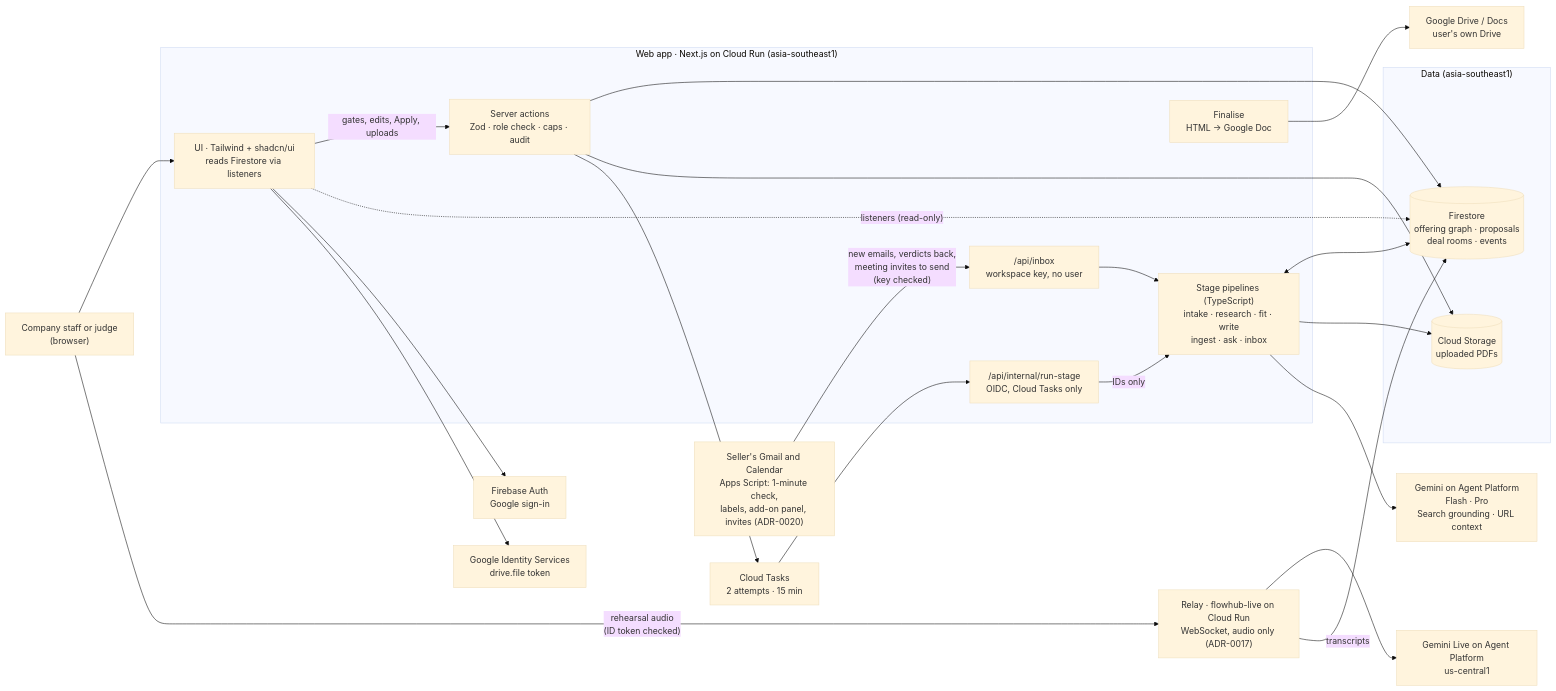
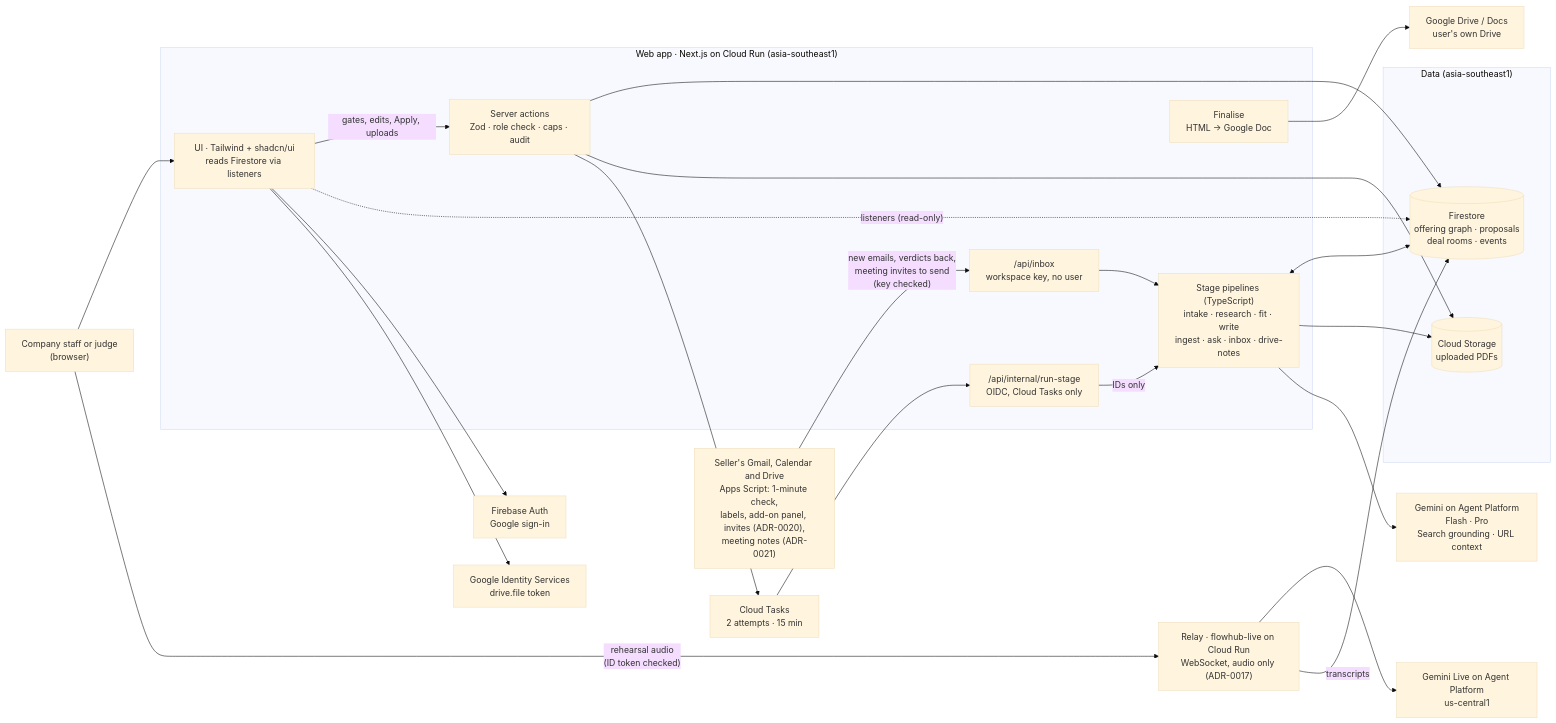
The first of 2 diagrams in docs/architecture.md (azmfrsdev/flowhub), drawn with Mermaid (base theme) before and after one commit. The commit also changed other lines of this file and 21 other files, not shown here.

First line of the commit message:
Bring meeting notes in from Google Drive for step F (#9)

````diff
--- a/docs/architecture.md
+++ b/docs/architecture.md
@@ -20,47 +20,47 @@
 ```mermaid
 flowchart LR
   user["Company staff or judge<br/>(browser)"]
-  gmail["Seller's Gmail and Calendar<br/>Apps Script: 1-minute check,<br/>labels, add-on panel, invites (ADR-0020)"]
+  gmail["Seller's Gmail, Calendar and Drive<br/>Apps Script: 1-minute check,<br/>labels, add-on panel, invites (ADR-0020),<br/>meeting notes (ADR-0021)"]
 
   subgraph web["Web app · Next.js on Cloud Run (asia-southeast1)"]
     ui["UI · Tailwind + shadcn/ui<br/>reads Firestore via listeners"]
     actions["Server actions<br/>Zod · role check · caps · audit"]
     runroute["/api/internal/run-stage<br/>OIDC, Cloud Tasks only"]
     inboxroute["/api/inbox<br/>workspace key, no user"]
-    pipelines["Stage pipelines (TypeScript)<br/>intake · research · fit · write<br/>ingest · ask · inbox"]
+    pipelines["Stage pipelines (TypeScript)<br/>intake · research · fit · write<br/>ingest · ask · inbox · drive-notes"]
     finalise["Finalise<br/>HTML → Google Doc"]
   end
 
   subgraph data["Data (asia-southeast1)"]
     fs[("Firestore<br/>offering graph · proposals<br/>deal rooms · events")]
     gcs[("Cloud Storage<br/>uploaded PDFs")]
   end
 
   tasks["Cloud Tasks<br/>2 attempts · 15 min"]
   gemini["Gemini on Agent Platform<br/>Flash · Pro<br/>Search grounding · URL context"]
   auth["Firebase Auth<br/>Google sign-in"]
   gis["Google Identity Services<br/>drive.file token"]
   drive["Google Drive / Docs<br/>user's own Drive"]
   live["Relay · flowhub-live on Cloud Run<br/>WebSocket, audio only (ADR-0017)"]
   geminiLive["Gemini Live on Agent Platform<br/>us-central1"]
 
   user --> ui
   ui -- "gates, edits, Apply, uploads" --> actions
   ui -. "listeners (read-only)" .-> fs
   ui --> auth
   ui --> gis
   actions --> fs
   actions --> gcs
   actions --> tasks
   tasks --> runroute
   runroute -- "IDs only" --> pipelines
   pipelines <--> fs
   pipelines --> gcs
   pipelines --> gemini
   finalise --> drive
   user -- "rehearsal audio<br/>(ID token checked)" --> live
   live --> geminiLive
   live -- "transcripts" --> fs
   gmail -- "new emails, verdicts back,<br/>meeting invites to send<br/>(key checked)" --> inboxroute
   inboxroute --> pipelines
 ```
````
